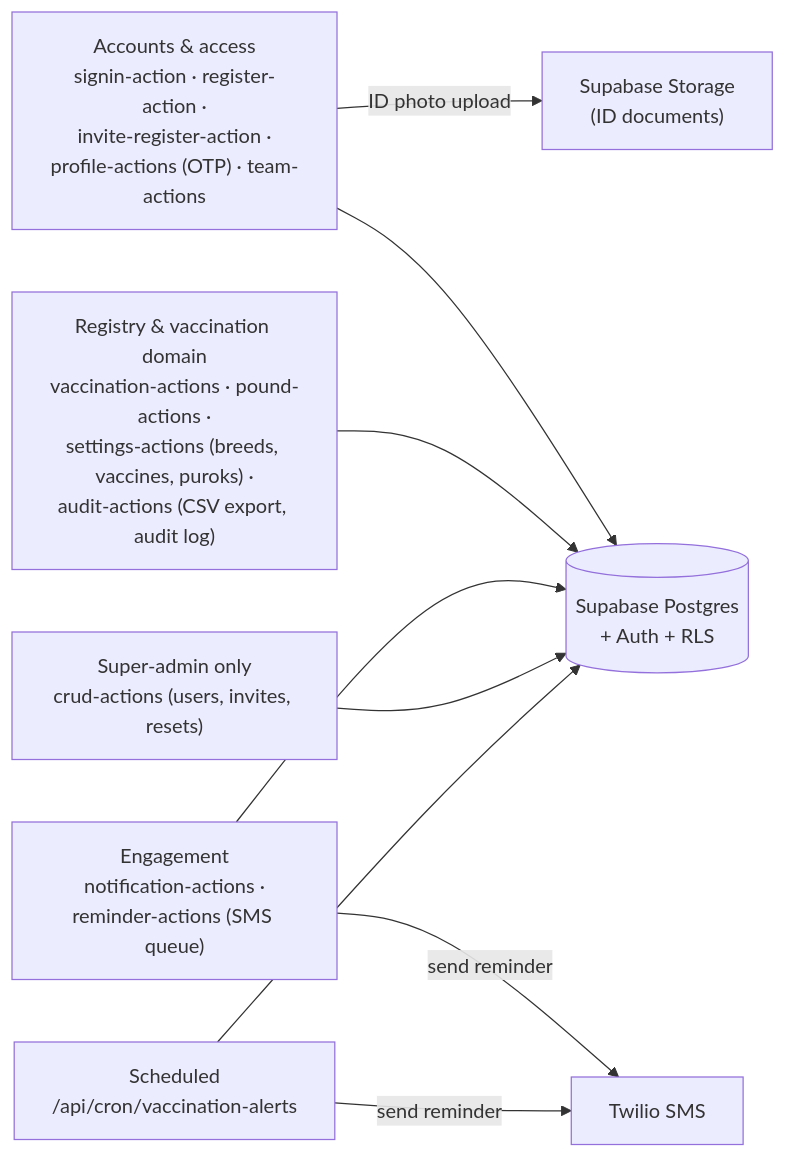
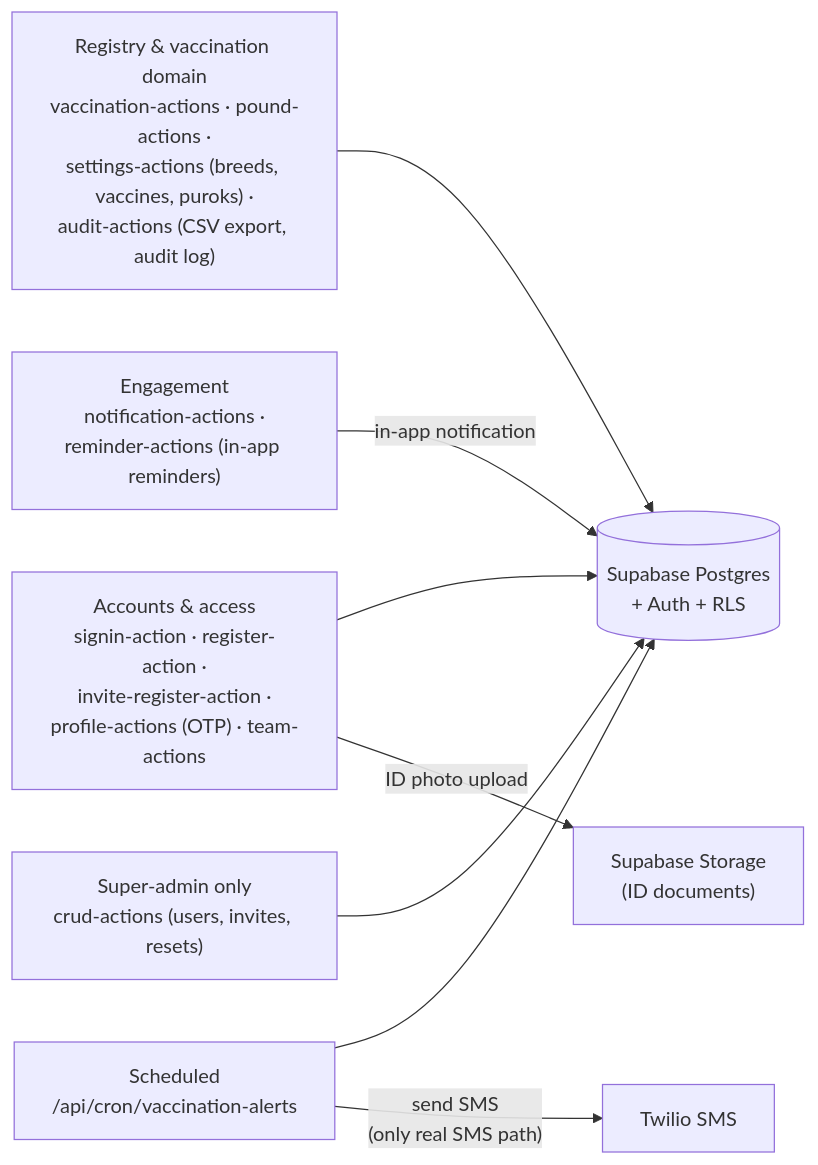
Before and after one commit to kiniakoangaccount/vaccitrack-capstone: the fourth of 8 diagrams in DIAGRAMS.md, drawn with Mermaid. The commit also changed other lines of this file and 11 other files, not shown here.

````diff
--- a/DIAGRAMS.md
+++ b/DIAGRAMS.md
@@ -79,21 +79,20 @@
 ```mermaid
 flowchart LR
   ACCT["Accounts & access<br/>signin-action · register-action ·<br/>invite-register-action ·<br/>profile-actions (OTP) · team-actions"]
   DOMAIN["Registry & vaccination domain<br/>vaccination-actions · pound-actions ·<br/>settings-actions (breeds, vaccines, puroks) ·<br/>audit-actions (CSV export, audit log)"]
-  ENGAGE["Engagement<br/>notification-actions ·<br/>reminder-actions (SMS queue)"]
+  ENGAGE["Engagement<br/>notification-actions ·<br/>reminder-actions (in-app reminders)"]
   ADMIN["Super-admin only<br/>crud-actions (users, invites, resets)"]
   CRONJOB["Scheduled<br/>/api/cron/vaccination-alerts"]
 
   DB[("Supabase Postgres<br/>+ Auth + RLS")]
   STORE["Supabase Storage<br/>(ID documents)"]
   SMS["Twilio SMS"]
 
   ACCT --> DB
   ACCT -- "ID photo upload" --> STORE
   DOMAIN --> DB
-  ENGAGE --> DB
-  ENGAGE -- "send reminder" --> SMS
+  ENGAGE -- "in-app notification" --> DB
   ADMIN --> DB
   CRONJOB --> DB
-  CRONJOB -- "send reminder" --> SMS
+  CRONJOB -- "send SMS<br/>(only real SMS path)" --> SMS
 ```
````
